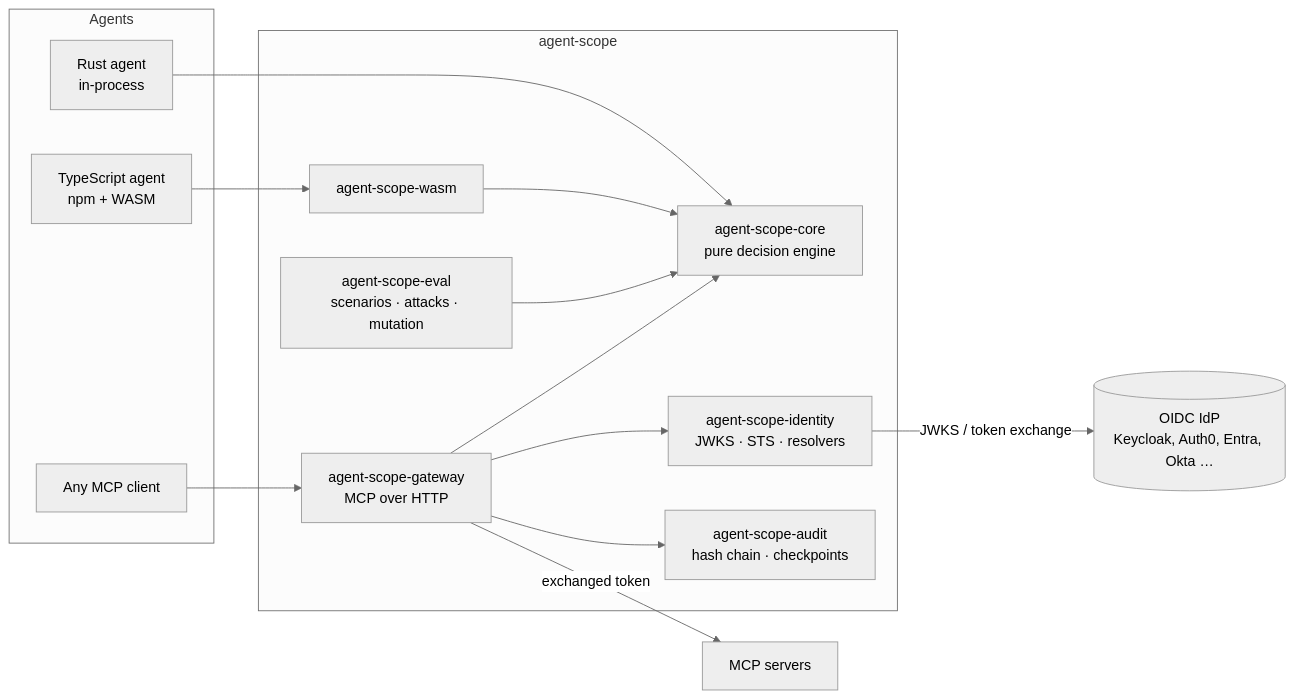
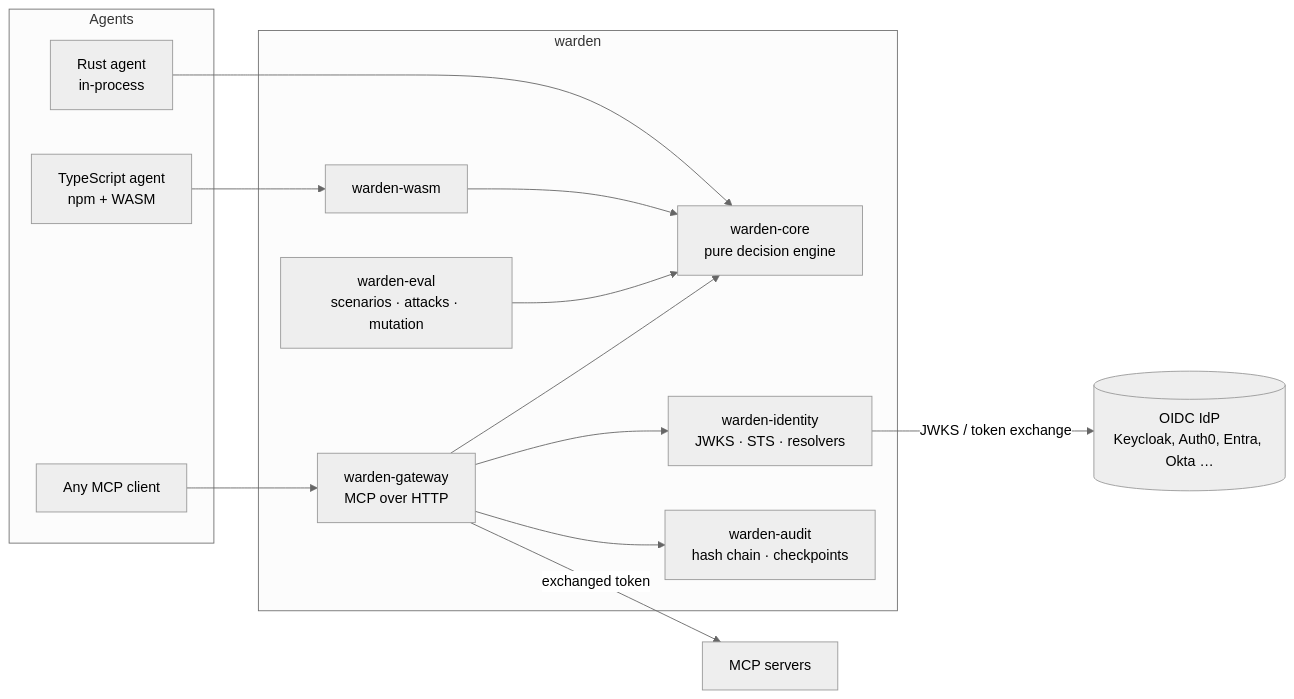
One commit to byQuexo/warden changed the first of 2 diagrams in docs/architecture.md. Above: the diagram before and after it, drawn with Mermaid (neutral theme). The commit also changed other lines of this file and 171 other files, not shown here.

````diff
--- a/docs/architecture.md
+++ b/docs/architecture.md
@@ -9,28 +9,28 @@
 ```mermaid
 flowchart LR
     subgraph clients[Agents]
         A1[Rust agent<br/>in-process]
         A2[TypeScript agent<br/>npm + WASM]
         A3[Any MCP client]
     end
-    subgraph scope[agent-scope]
-        CORE[agent-scope-core<br/>pure decision engine]
-        ID[agent-scope-identity<br/>JWKS · STS · resolvers]
-        AUD[agent-scope-audit<br/>hash chain · checkpoints]
-        GW[agent-scope-gateway<br/>MCP over HTTP]
-        WASM[agent-scope-wasm]
-        EVAL[agent-scope-eval<br/>scenarios · attacks · mutation]
+    subgraph scope[warden]
+        CORE[warden-core<br/>pure decision engine]
+        ID[warden-identity<br/>JWKS · STS · resolvers]
+        AUD[warden-audit<br/>hash chain · checkpoints]
+        GW[warden-gateway<br/>MCP over HTTP]
+        WASM[warden-wasm]
+        EVAL[warden-eval<br/>scenarios · attacks · mutation]
     end
     IDP[(OIDC IdP<br/>Keycloak, Auth0, Entra, Okta …)]
     UP[MCP servers]
 
     A1 --> CORE
     A2 --> WASM --> CORE
     A3 --> GW
     GW --> CORE
     GW --> ID
     GW --> AUD
     GW -->|exchanged token| UP
     ID -->|JWKS / token exchange| IDP
     EVAL --> CORE
 ```
````
